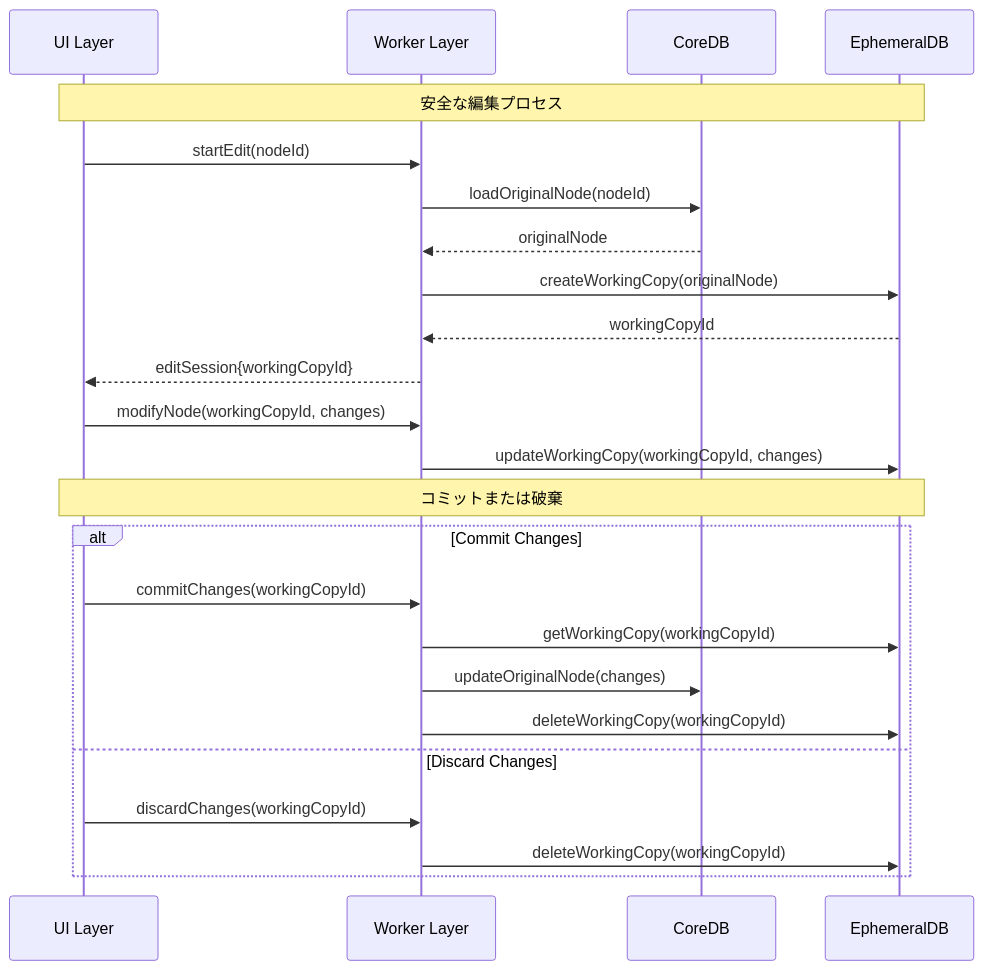
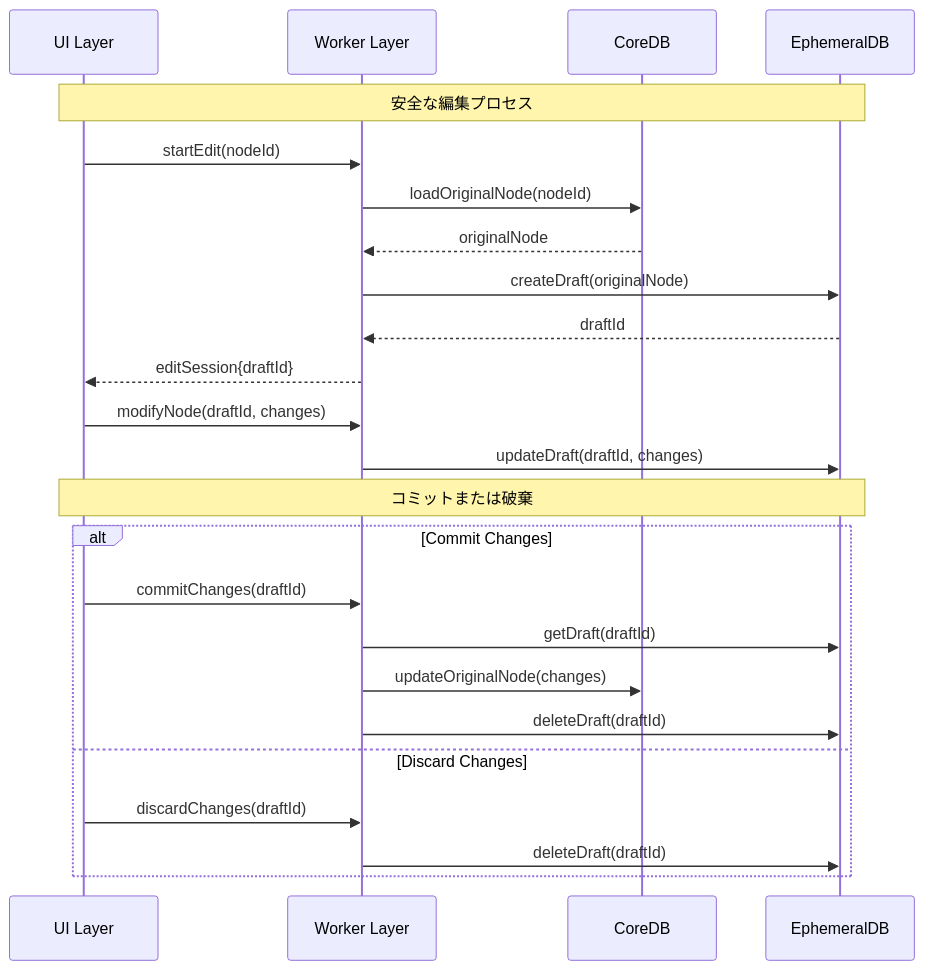
One commit to kubohiroya/hierarchidb changed the third of 28 diagrams in docs/DEVELOPER_REPORT_COMPREHENSIVE/02_REQUIREMENTS_SPECIFICATION.md. Above: the diagram before and after it, drawn with Mermaid. The commit also changed other lines of this file and 796 other files, not shown here.

````diff
--- a/docs/DEVELOPER_REPORT_COMPREHENSIVE/02_REQUIREMENTS_SPECIFICATION.md
+++ b/docs/DEVELOPER_REPORT_COMPREHENSIVE/02_REQUIREMENTS_SPECIFICATION.md
@@ -89,31 +89,31 @@
 ```mermaid
 sequenceDiagram
     participant UI as UI Layer
     participant Worker as Worker Layer
     participant CoreDB as CoreDB
     participant EphemeralDB as EphemeralDB
     
     Note over UI,EphemeralDB: 安全な編集プロセス
     
     UI->>Worker: startEdit(nodeId)
     Worker->>CoreDB: loadOriginalNode(nodeId)
     CoreDB-->>Worker: originalNode
-    Worker->>EphemeralDB: createWorkingCopy(originalNode)
-    EphemeralDB-->>Worker: workingCopyId
-    Worker-->>UI: editSession{workingCopyId}
+    Worker->>EphemeralDB: createDraft(originalNode)
+    EphemeralDB-->>Worker: draftId
+    Worker-->>UI: editSession{draftId}
     
-    UI->>Worker: modifyNode(workingCopyId, changes)
-    Worker->>EphemeralDB: updateWorkingCopy(workingCopyId, changes)
+    UI->>Worker: modifyNode(draftId, changes)
+    Worker->>EphemeralDB: updateDraft(draftId, changes)
     
     Note over UI,EphemeralDB: コミットまたは破棄
     
     alt Commit Changes
-        UI->>Worker: commitChanges(workingCopyId)
-        Worker->>EphemeralDB: getWorkingCopy(workingCopyId)
+        UI->>Worker: commitChanges(draftId)
+        Worker->>EphemeralDB: getDraft(draftId)
         Worker->>CoreDB: updateOriginalNode(changes)
-        Worker->>EphemeralDB: deleteWorkingCopy(workingCopyId)
+        Worker->>EphemeralDB: deleteDraft(draftId)
     else Discard Changes
-        UI->>Worker: discardChanges(workingCopyId)
-        Worker->>EphemeralDB: deleteWorkingCopy(workingCopyId)
+        UI->>Worker: discardChanges(draftId)
+        Worker->>EphemeralDB: deleteDraft(draftId)
     end
 ```
````
